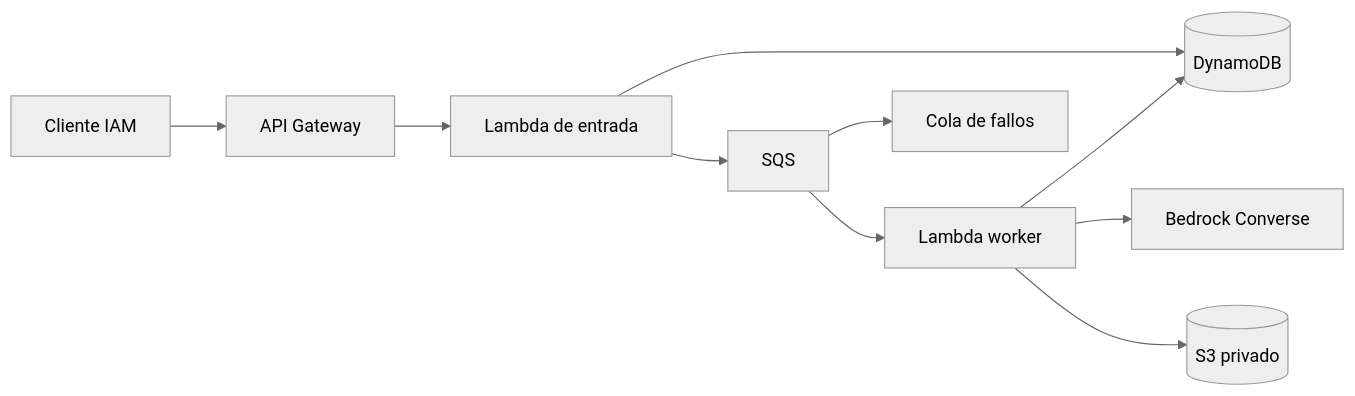
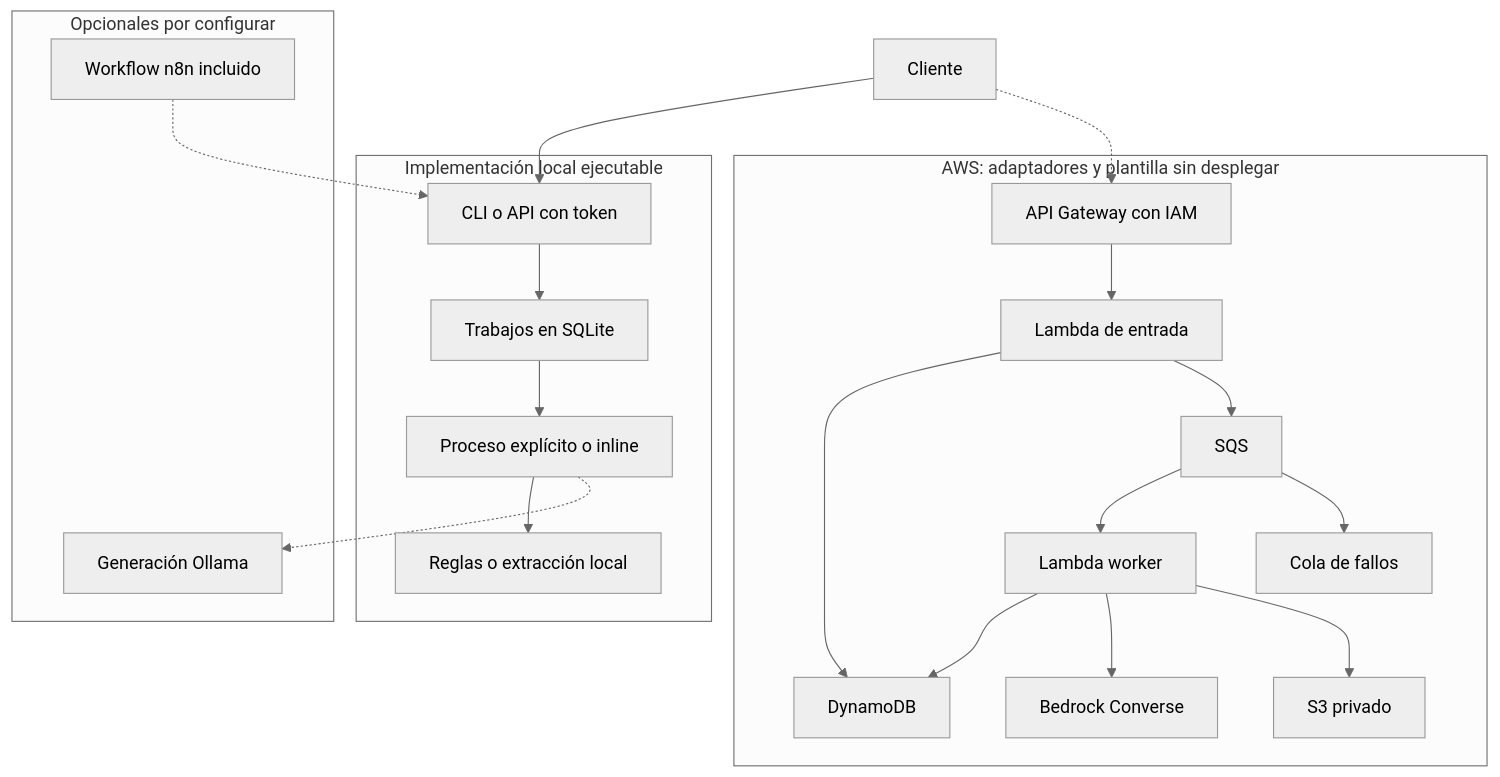
The diagram in docs/architecture.md (jorgefprietol/serverless-intake), drawn with Mermaid (neutral theme) before and after one commit. The commit also changed other lines of this file and 10 other files, not shown here.

Commit message:
Document architecture and workflows with validated SVG exports

````diff
--- a/docs/architecture.md
+++ b/docs/architecture.md
@@ -3,12 +13,26 @@
 ```mermaid
-flowchart LR
-    Client[Cliente IAM] --> API[API Gateway]
-    API --> Intake[Lambda de entrada]
-    Intake --> State[(DynamoDB)]
-    Intake --> Queue[SQS]
-    Queue --> Worker[Lambda worker]
-    Worker --> State
-    Worker --> Model[Bedrock Converse]
-    Worker --> Results[(S3 privado)]
-    Queue --> DLQ[Cola de fallos]
+flowchart TB
+    Client["Cliente"] --> LocalAPI
+    subgraph Local["Implementación local ejecutable"]
+        LocalAPI["CLI o API con token"] --> LocalState["Trabajos en SQLite"]
+        LocalState --> LocalWorker["Proceso explícito o inline"]
+        LocalWorker --> LocalResult["Reglas o extracción local"]
+    end
+    subgraph Optional["Opcionales por configurar"]
+        N8N["Workflow n8n incluido"]
+        Ollama["Generación Ollama"]
+    end
+    N8N -.-> LocalAPI
+    LocalWorker -.-> Ollama
+    Client -.-> IAM
+    subgraph Cloud["AWS: adaptadores y plantilla sin desplegar"]
+        IAM["API Gateway con IAM"] --> Intake["Lambda de entrada"]
+        Intake --> State["DynamoDB"]
+        Intake --> Queue["SQS"]
+        Queue --> Worker["Lambda worker"]
+        Worker --> State
+        Worker --> Model["Bedrock Converse"]
+        Worker --> Results["S3 privado"]
+        Queue --> DLQ["Cola de fallos"]
+    end
 ```
````
